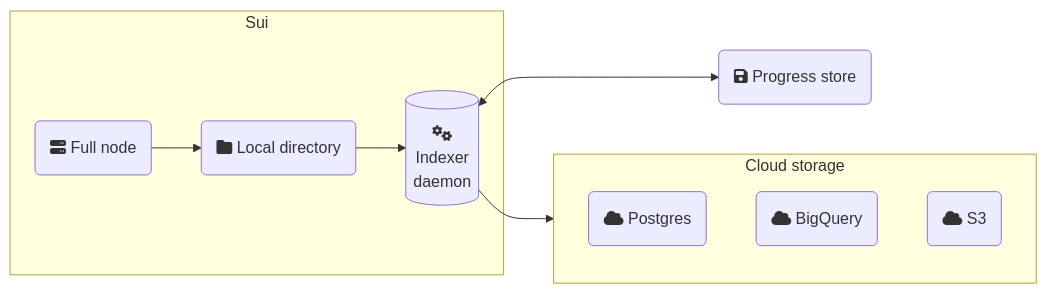
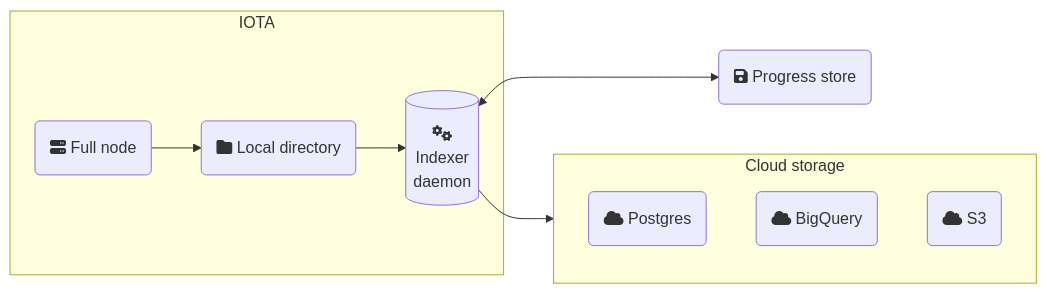
One commit to rafnixschaf/iota changed the second of 2 diagrams in docs/content/guides/developer/advanced/custom-indexer.mdx. Above: the diagram before and after it, drawn with Mermaid. The commit also changed other lines of this file and 9928 other files, not shown here.

````diff
--- a/docs/content/guides/developer/advanced/custom-indexer.mdx
+++ b/docs/content/guides/developer/advanced/custom-indexer.mdx
@@ -64,17 +64,17 @@
 ```mermaid
 flowchart LR
-  subgraph Sui
+  subgraph IOTA
     A("fa:fa-server Full node");
     A-->B("fa:fa-folder Local directory");
     B-->C[("fa:fa-gears
     Indexer
     daemon")];
   end
   subgraph cloud[Cloud storage]
     pg(fa:fa-cloud Postgres);
     bq(fa:fa-cloud BigQuery);
     s1(fa:fa-cloud S3);
   end
   C-->cloud;
   C<-->D("fa:fa-floppy-disk Progress store");
 ```
````
